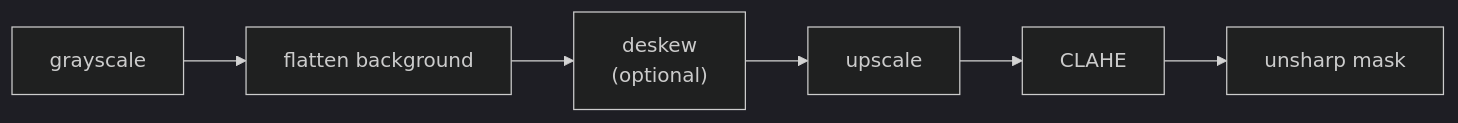
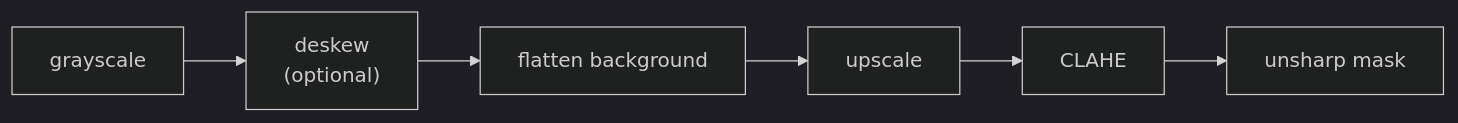
One commit to jennarbates/StratigraphyGenerator changed the second of 2 diagrams in docs/architecture/pipeline-walkthrough.md. Above: the diagram before and after it, drawn with Mermaid (dark theme). The commit also changed other lines of this file and 202 other files, not shown here.

````diff
--- a/docs/architecture/pipeline-walkthrough.md
+++ b/docs/architecture/pipeline-walkthrough.md
@@ -77,8 +78,8 @@
 ```mermaid
 flowchart LR
-  A["grayscale"] --> B["flatten background"]
-  B --> C["deskew<br/>(optional)"]
+  A["grayscale"] --> B["deskew<br/>(optional)"]
+  B --> C["flatten background"]
   C --> D["upscale"]
   D --> E["CLAHE"]
   E --> F["unsharp mask"]
 ```
````
